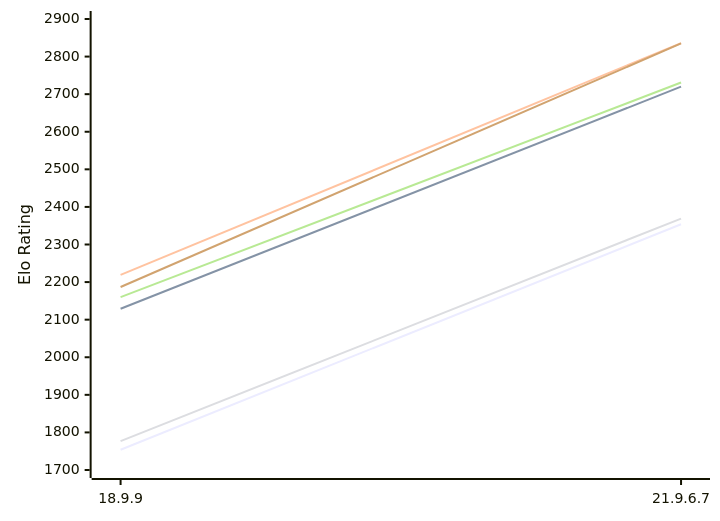
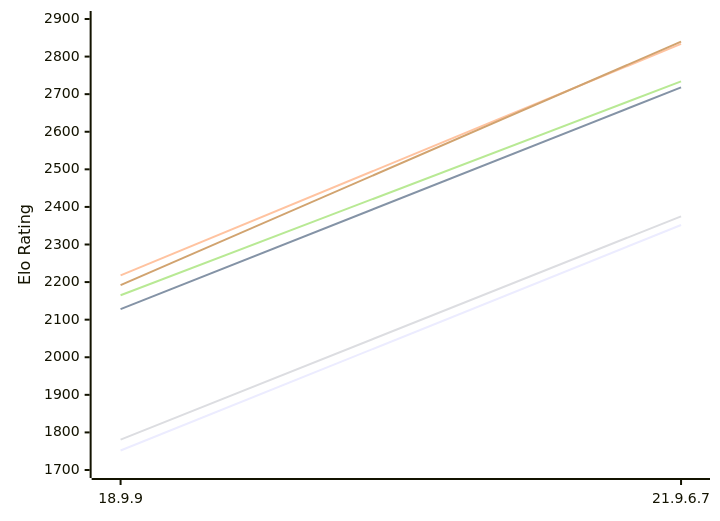
One commit to computer-chess-index/cci changed the diagram in engines/RuthIron.md. Above: the diagram before and after it, drawn with Mermaid. The commit also changed other lines of this file, not shown here.

Commit message:
Update CCI Ratings (ELO VLTC) - 2026-11-23

````diff
--- a/engines/RuthIron.md
+++ b/engines/RuthIron.md
@@ -49,12 +49,12 @@
 ```mermaid
 %%{init: {"theme":"base","themeVariables":{"seriesColors:['#a3a3a3','#222221','#faa371']}}}%%
 xychart-beta
   x-axis ["18.9.9", "21.9.6.7"]
   y-axis "Elo Rating" 1700 --> 2900
-  line "E1: STC (8.0+0.08s)" [1754, 2354]
-  line "E1: LTC (60.0+0.60s)" [2129, 2720]
-  line "E1: VLTC (2m24s+1.12s)" [2219, 2836]
-  line "P1: STC (8.0+0.08s)" [1777, 2369]
-  line "P1: LTC (60.0+0.60s)" [2160, 2731]
-  line "P1: VLTC (2m24s+1.12s)" [2187, 2835]
+  line "E1: STC (8.0+0.08s)" [1752, 2352]
+  line "E1: LTC (60.0+0.60s)" [2128, 2718]
+  line "E1: VLTC (2m24s+1.12s)" [2218, 2834]
+  line "P1: STC (8.0+0.08s)" [1781, 2375]
+  line "P1: LTC (60.0+0.60s)" [2165, 2734]
+  line "P1: VLTC (2m24s+1.12s)" [2192, 2840]
 ```
````
